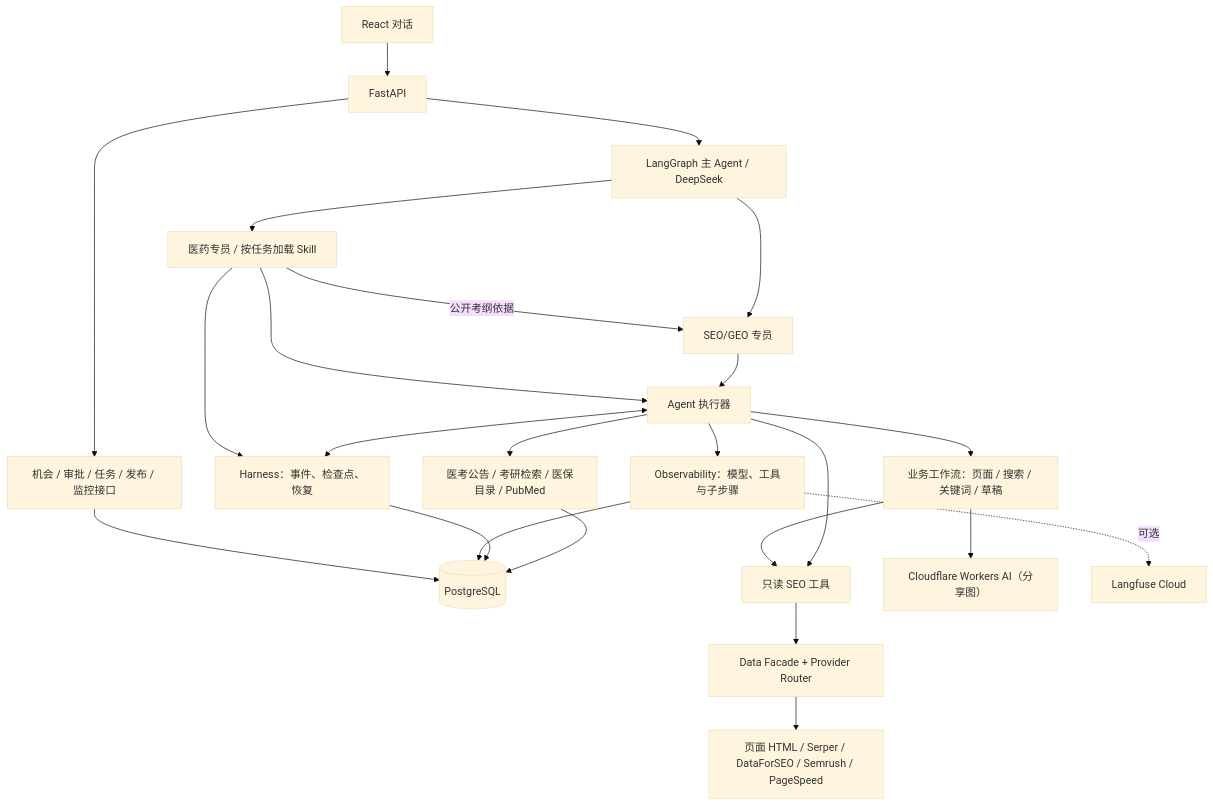
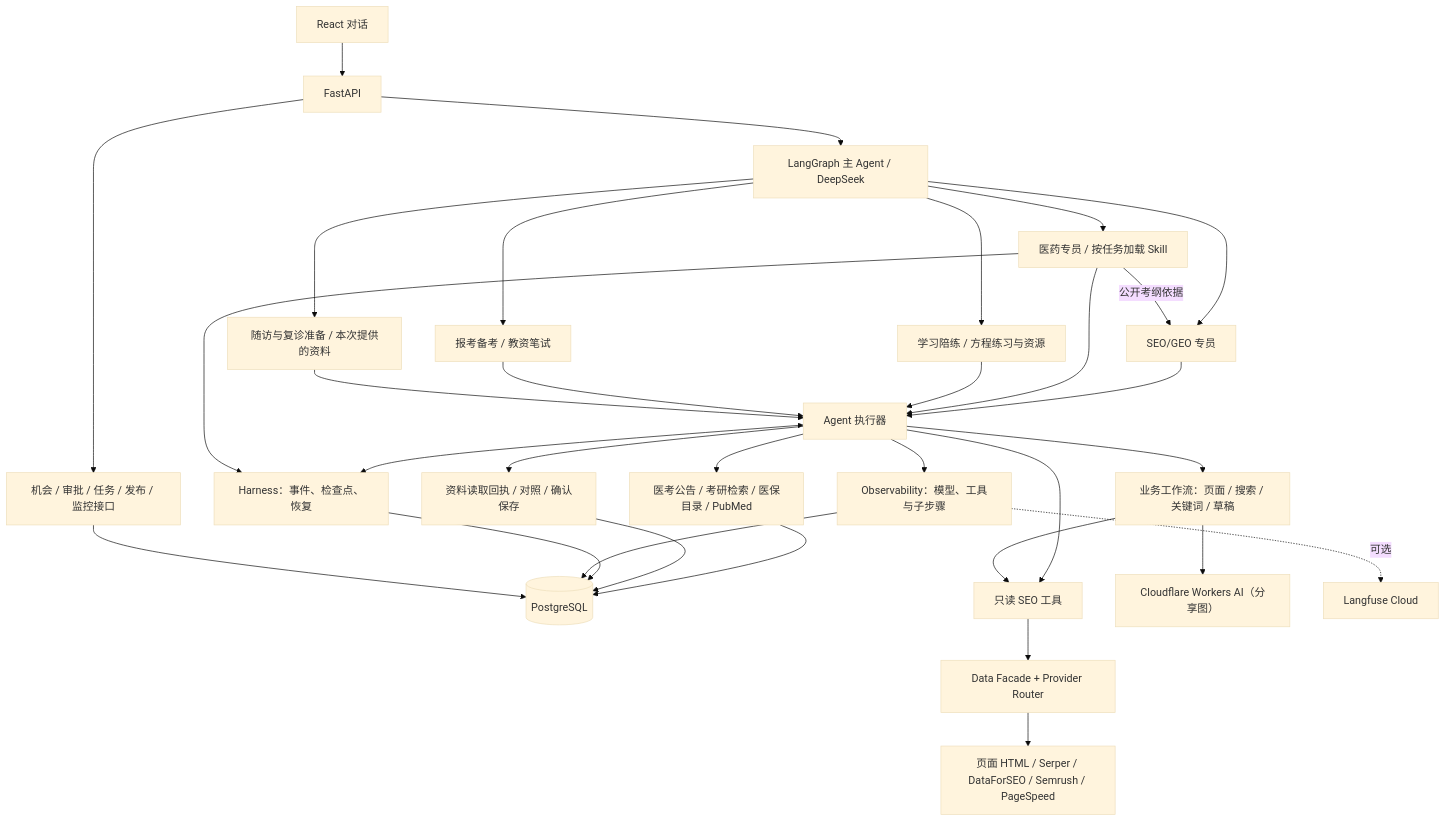
Before and after one commit to cheng-sir-0038/seo-diagnosis-agent: the second of 3 diagrams in README.md, drawn with Mermaid (base theme). The commit also changed other lines of this file and 47 other files, not shown here.

````diff
--- a/README.md
+++ b/README.md
@@ -57,26 +61,34 @@
 ```mermaid
 flowchart TB
     UI["React 对话"] --> API["FastAPI"]
     API --> MAIN["LangGraph 主 Agent / DeepSeek"]
     MAIN --> MED["医药专员 / 按任务加载 Skill"]
     MAIN --> SEO["SEO/GEO 专员"]
+    MAIN --> LEARN["学习陪练 / 方程练习与资源"]
+    MAIN --> EXAM["报考备考 / 教资笔试"]
+    MAIN --> VISIT["随访与复诊准备 / 本次提供的资料"]
     MED -->|公开考纲依据| SEO
     SEO --> EXEC["Agent 执行器"]
     MED --> EXEC
+    LEARN --> EXEC
+    EXAM --> EXEC
+    VISIT --> EXEC
     EXEC --> HEALTH["医考公告 / 考研检索 / 医保目录 / PubMed"]
     HEALTH --> RUNDB
+    EXEC --> FOLLOWUP["资料读取回执 / 对照 / 确认保存"]
+    FOLLOWUP --> RUNDB
     EXEC --> WF["业务工作流：页面 / 搜索 / 关键词 / 草稿"]
     EXEC --> TOOL["只读 SEO 工具"]
     WF --> TOOL
     WF --> CF["Cloudflare Workers AI（分享图）"]
     TOOL --> DATA["Data Facade + Provider Router"]
     DATA --> EXT["页面 HTML / Serper / DataForSEO / Semrush / PageSpeed"]
     EXEC <--> HARNESS["Harness：事件、检查点、恢复"]
     MED --> HARNESS
     HARNESS --> RUNDB[("PostgreSQL")]
     EXEC --> OBS["Observability：模型、工具与子步骤"]
     OBS --> RUNDB
     OBS -.->|可选| LF["Langfuse Cloud"]
     API --> BIZ["机会 / 审批 / 任务 / 发布 / 监控接口"]
     BIZ --> RUNDB
 ```
````
